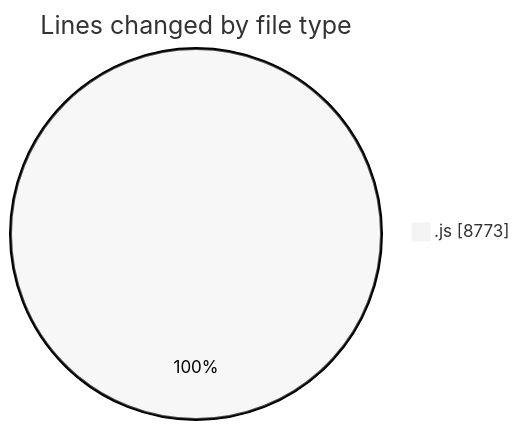
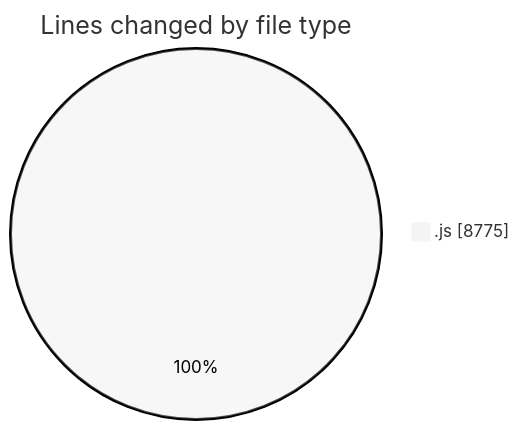
Before and after one commit to nxtqubesakshisongat/code-tracking: the first of 2 diagrams in 2025-08-11/nxtqube_webapp/README.md, drawn with Mermaid (neutral theme). The commit also changed other lines of this file and 1 other file, not shown here.

````diff
--- a/2025-08-11/nxtqube_webapp/README.md
+++ b/2025-08-11/nxtqube_webapp/README.md
@@ -21,5 +21,5 @@
 ```mermaid
 pie showData
 title Lines changed by file type
-".js" : 8773
+".js" : 8775
 ```
````
